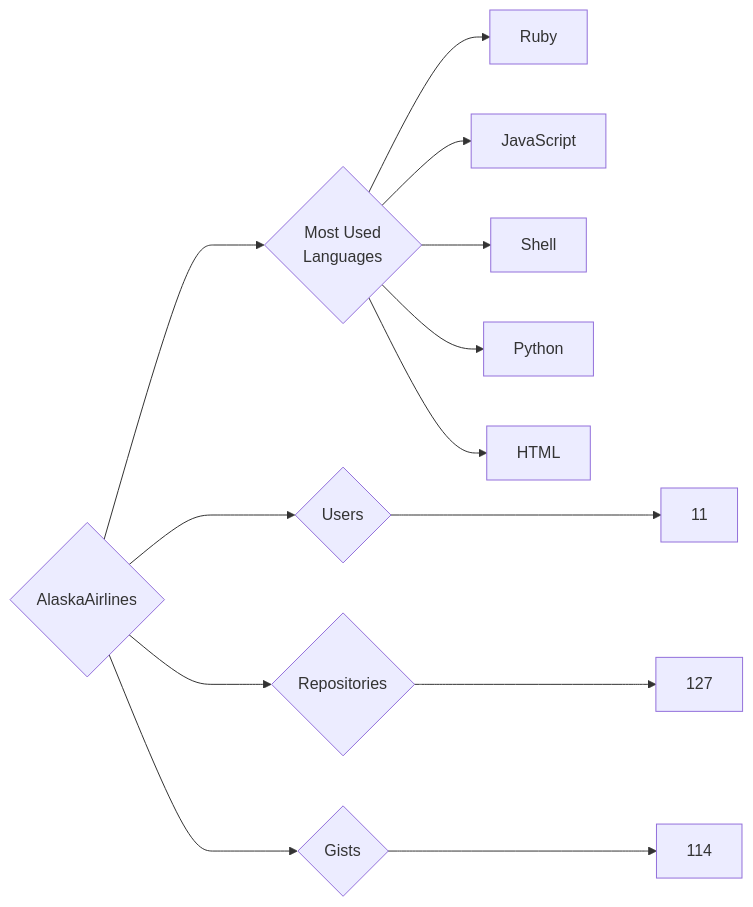
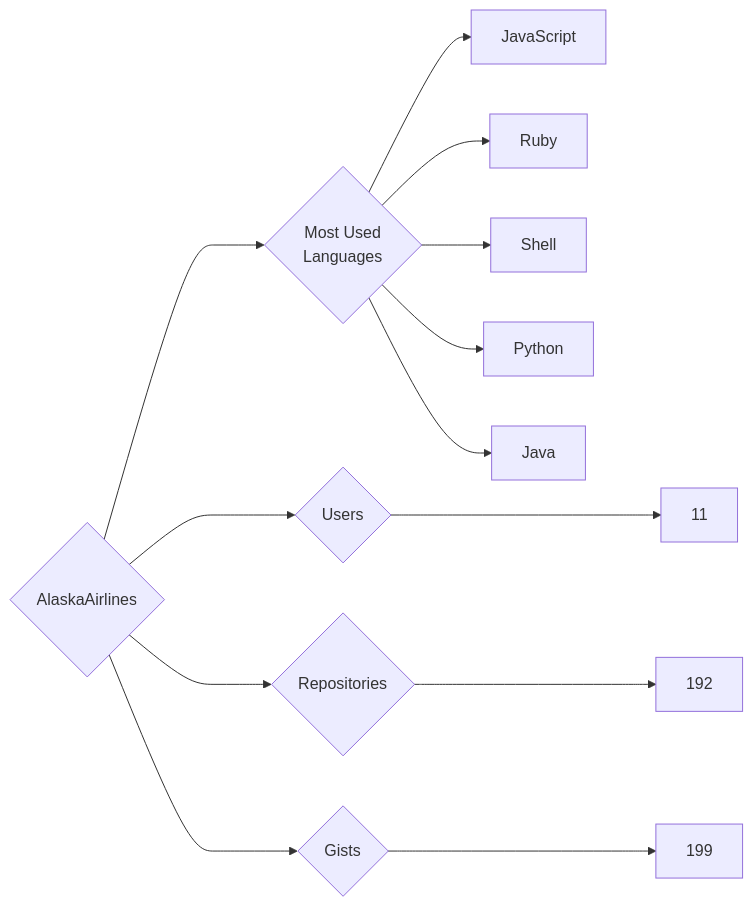
Before and after one commit to trickest/insiders: the diagram in targets/AlaskaAirlines/README.md, drawn with Mermaid. The commit also changed 1167 other files, not shown here.

````diff
--- a/targets/AlaskaAirlines/README.md
+++ b/targets/AlaskaAirlines/README.md
@@ -3,13 +3,13 @@
 ```mermaid
 graph LR
 COMPANY_NAME{AlaskaAirlines}
 COMPANY_NAME ---> U{Users} ---> UN[11]
-COMPANY_NAME ---> R{Repositories} ---> RN[127]
-COMPANY_NAME ---> G{Gists} ---> GN[114]
+COMPANY_NAME ---> R{Repositories} ---> RN[192]
+COMPANY_NAME ---> G{Gists} ---> GN[199]
 COMPANY_NAME ---> ML{Most Used<br>Languages}
+ML --> JavaScript[JavaScript]
 ML --> Ruby[Ruby]
-ML --> JavaScript[JavaScript]
 ML --> Shell[Shell]
 ML --> Python[Python]
-ML --> HTML[HTML]
+ML --> Java[Java]
 ```
````
